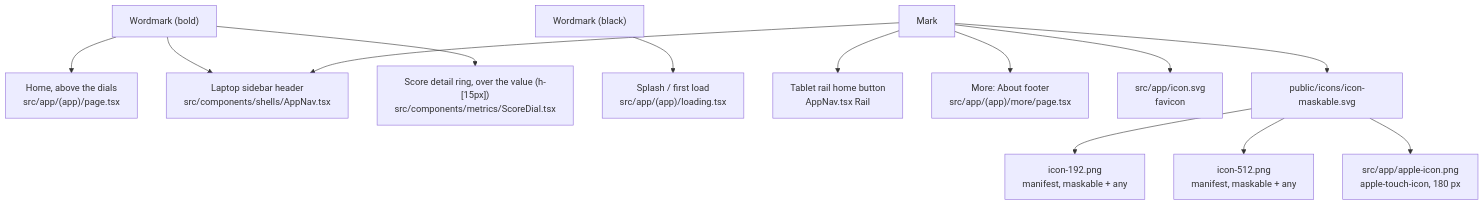
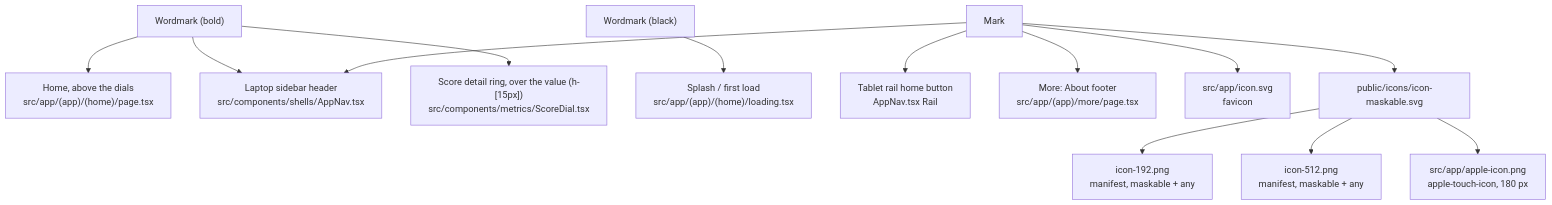
The second of 2 diagrams in docs/design/brand.md (adityaongit/pulse), drawn with Mermaid before and after one commit. The commit also changed other lines of this file and 28 other files, not shown here.

````diff
--- a/docs/design/brand.md
+++ b/docs/design/brand.md
@@ -216,15 +216,15 @@
 ```mermaid
 flowchart TD
-  W["Wordmark (bold)"] --> H["Home, above the dials<br/>src/app/(app)/page.tsx"]
+  W["Wordmark (bold)"] --> H["Home, above the dials<br/>src/app/(app)/(home)/page.tsx"]
   W --> S["Laptop sidebar header<br/>src/components/shells/AppNav.tsx"]
   W --> D["Score detail ring, over the value (h-[15px])<br/>src/components/metrics/ScoreDial.tsx"]
-  WB["Wordmark (black)"] --> L["Splash / first load<br/>src/app/(app)/loading.tsx"]
+  WB["Wordmark (black)"] --> L["Splash / first load<br/>src/app/(app)/(home)/loading.tsx"]
   M["Mark"] --> R["Tablet rail home button<br/>AppNav.tsx Rail"]
   M --> S
   M --> A["More: About footer<br/>src/app/(app)/more/page.tsx"]
   M --> F["src/app/icon.svg<br/>favicon"]
   M --> MK["public/icons/icon-maskable.svg"]
   MK --> P192["icon-192.png<br/>manifest, maskable + any"]
   MK --> P512["icon-512.png<br/>manifest, maskable + any"]
   MK --> AP["src/app/apple-icon.png<br/>apple-touch-icon, 180 px"]
 ```
````
